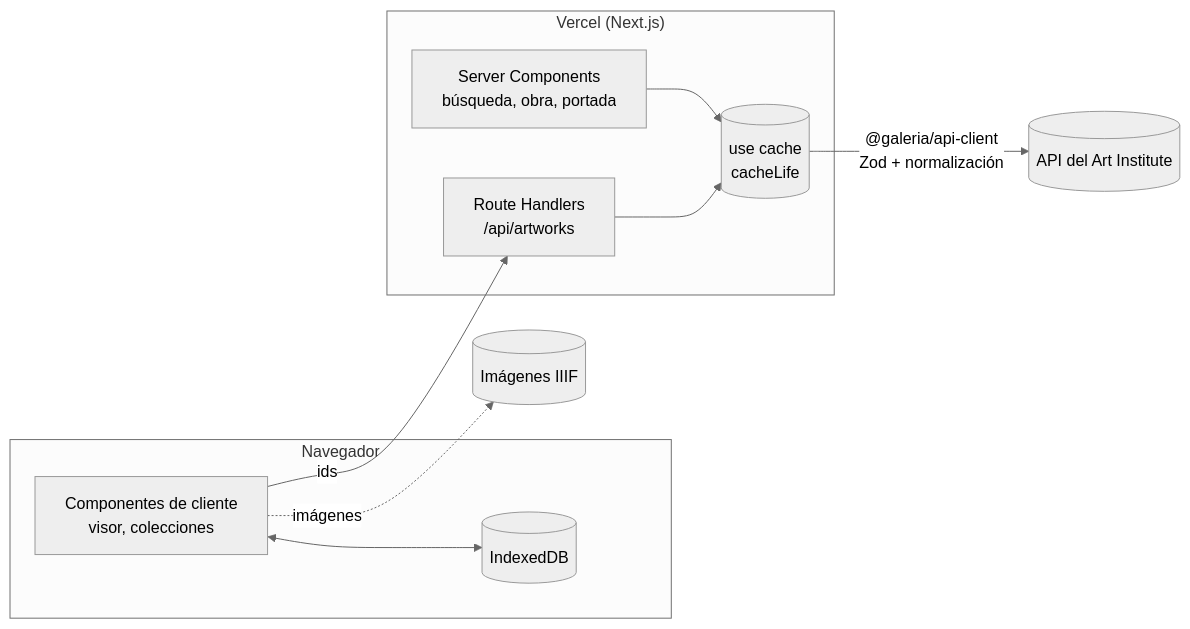
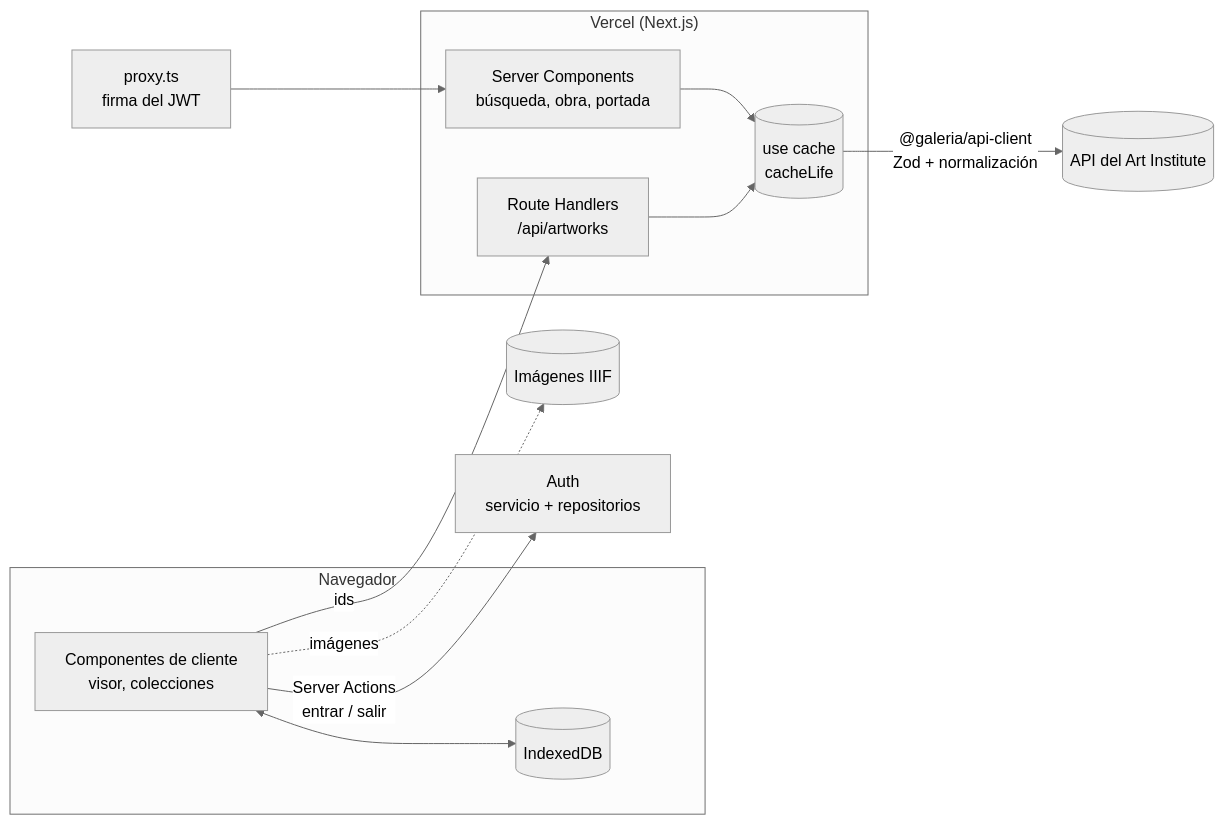
One commit to JesusMorales14/galeria-project changed the diagram in README.md. Above: the diagram before and after it, drawn with Mermaid (neutral theme). The commit also changed other lines of this file and 144 other files, not shown here.

````diff
--- a/README.md
+++ b/README.md
@@ -23,20 +30,22 @@
 ```mermaid
 flowchart LR
   subgraph Navegador
     UI[Componentes de cliente<br/>visor, colecciones]
     IDB[(IndexedDB)]
   end
   subgraph "Vercel (Next.js)"
     RSC[Server Components<br/>búsqueda, obra, portada]
     BFF["Route Handlers<br/>/api/artworks"]
     Cache[("use cache"<br/>cacheLife)]
   end
   AIC[(API del Art Institute)]
   IIIF[(Imágenes IIIF)]
   UI -- ids --> BFF
   UI <--> IDB
+  Proxy["proxy.ts<br/>firma del JWT"] --> RSC
+  UI -- "Server Actions<br/>entrar / salir" --> Auth["Auth<br/>servicio + repositorios"]
   RSC --> Cache
   BFF --> Cache
   Cache -- "@galeria/api-client<br/>Zod + normalización" --> AIC
   UI -. imágenes .-> IIIF
 ```
````
